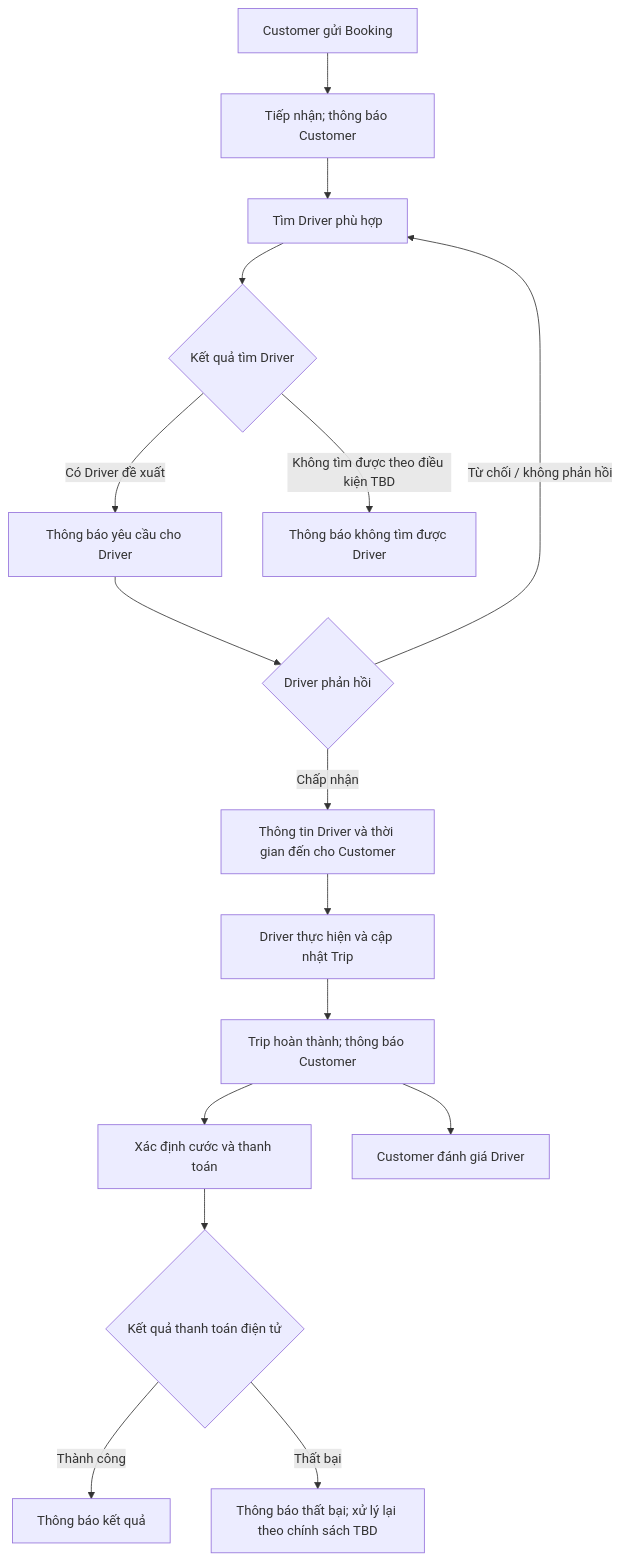
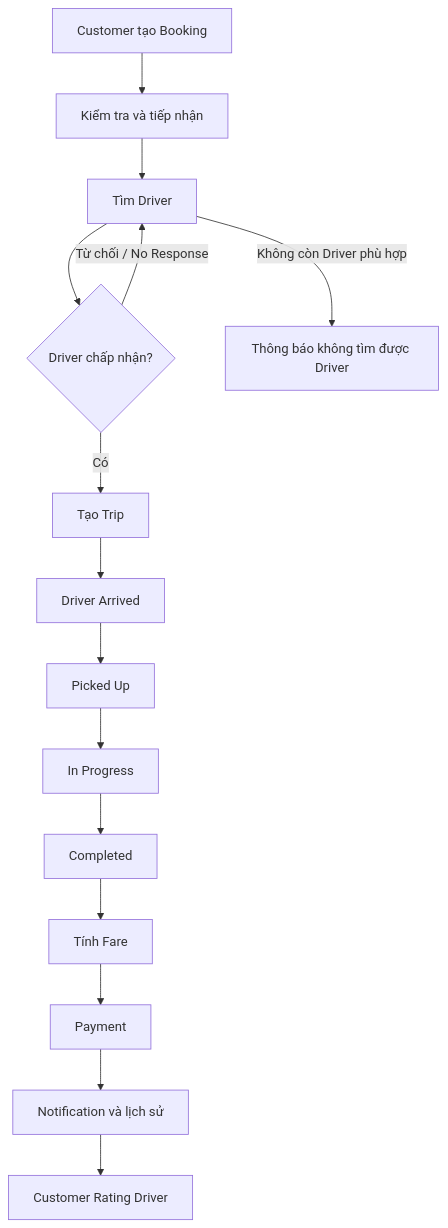
The fourth of 7 diagrams in srs.md (anhviplay/23637151_NguyenTuanAnh_CABSYSTEMS), drawn with Mermaid before and after one commit. The commit also changed other lines of this file and 42 other files, not shown here.

````diff
--- a/srs.md
+++ b/srs.md
@@ -299,18 +306,17 @@
 ```mermaid
 flowchart TD
-    A["Customer gửi Booking"] --> B["Tiếp nhận; thông báo Customer"]
-    B --> C["Tìm Driver phù hợp"]
-    C --> D{"Kết quả tìm Driver"}
-    D -->|"Có Driver đề xuất"| E["Thông báo yêu cầu cho Driver"]
-    E --> F{"Driver phản hồi"}
-    F -->|"Từ chối / không phản hồi"| C
-    F -->|"Chấp nhận"| G["Thông tin Driver và thời gian đến cho Customer"]
-    D -->|"Không tìm được theo điều kiện TBD"| H["Thông báo không tìm được Driver"]
-    G --> I["Driver thực hiện và cập nhật Trip"]
-    I --> J["Trip hoàn thành; thông báo Customer"]
-    J --> K["Xác định cước và thanh toán"]
-    J --> L["Customer đánh giá Driver"]
-    K --> M{"Kết quả thanh toán điện tử"}
-    M -->|"Thành công"| N["Thông báo kết quả"]
-    M -->|"Thất bại"| O["Thông báo thất bại; xử lý lại theo chính sách TBD"]
+    A[Customer tạo Booking] --> B[Kiểm tra và tiếp nhận]
+    B --> C[Tìm Driver]
+    C --> D{Driver chấp nhận?}
+    D -->|Từ chối / No Response| C
+    D -->|Có| E[Tạo Trip]
+    C -->|Không còn Driver phù hợp| X[Thông báo không tìm được Driver]
+    E --> F[Driver Arrived]
+    F --> G[Picked Up]
+    G --> H[In Progress]
+    H --> I[Completed]
+    I --> J[Tính Fare]
+    J --> K[Payment]
+    K --> L[Notification và lịch sử]
+    L --> M[Customer Rating Driver]
 ```
````
